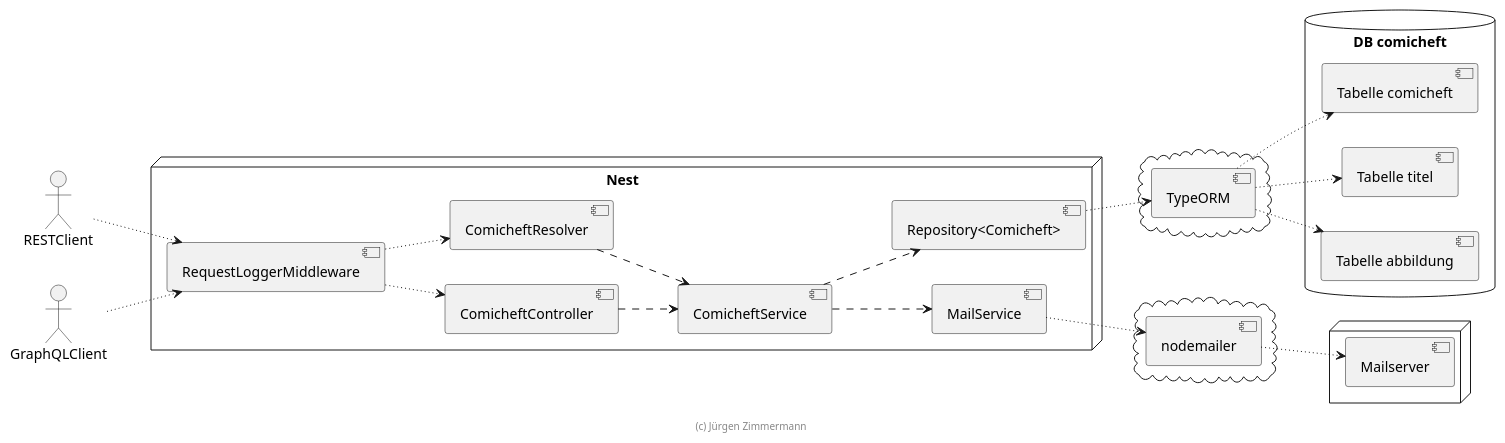
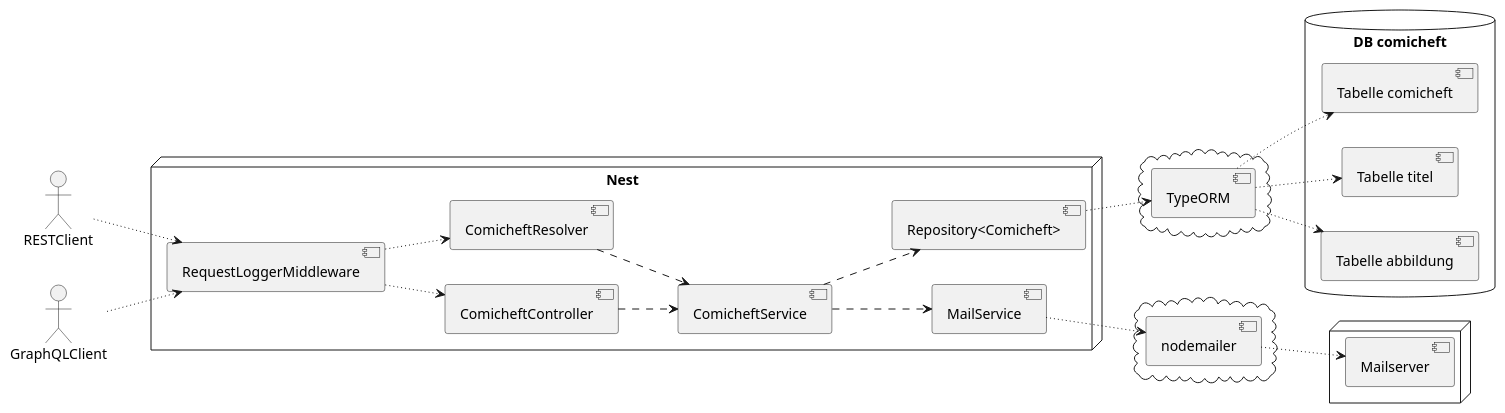
The diagram in .extras/doc/entwicklerhandbuch/komponenten.plantuml (pagr1011/comicheft), drawn with PlantUML before and after one commit. The commit also changed 2 other files, not shown here.

```diff
--- a/.extras/doc/entwicklerhandbuch/komponenten.plantuml
+++ b/.extras/doc/entwicklerhandbuch/komponenten.plantuml
@@ -18,61 +18,59 @@
 @startuml Komponenten
 
 left to right direction
 
 actor RESTClient
 actor GraphQLClient
 
 node "Nest" {
   [RequestLoggerMiddleware]
 
   [ComicheftController]
   [ComicheftResolver]
 
   [ComicheftService]
 
   [Repository<Comicheft>]
 
   [MailService]
 }
 
 
 cloud {
     [TypeORM]
 }
 
 cloud {
     [nodemailer]
 }
 
 database "DB comicheft" {
     [Tabelle comicheft]
     [Tabelle titel]
     [Tabelle abbildung]
 }
 
 node {
     [Mailserver]
 }
 
 RESTClient ~~> [RequestLoggerMiddleware]
 GraphQLClient ~~> [RequestLoggerMiddleware]
 
 [RequestLoggerMiddleware] ~~> [ComicheftController]
 [RequestLoggerMiddleware] ~~> [ComicheftResolver]
 
 [ComicheftController] ..> [ComicheftService]
 [ComicheftResolver] ..> [ComicheftService]
 [ComicheftService] ..> [Repository<Comicheft>]
 
 [Repository<Comicheft>] ~~> [TypeORM]
 [TypeORM] ~~> [Tabelle comicheft]
 [TypeORM] ~~> [Tabelle titel]
 [TypeORM] ~~> [Tabelle abbildung]
 
 [ComicheftService] ..> [MailService]
 [MailService] ~~> [nodemailer]
 [nodemailer] ~~> [Mailserver]
 
-footer (c) Jürgen Zimmermann
-
 @enduml
```
